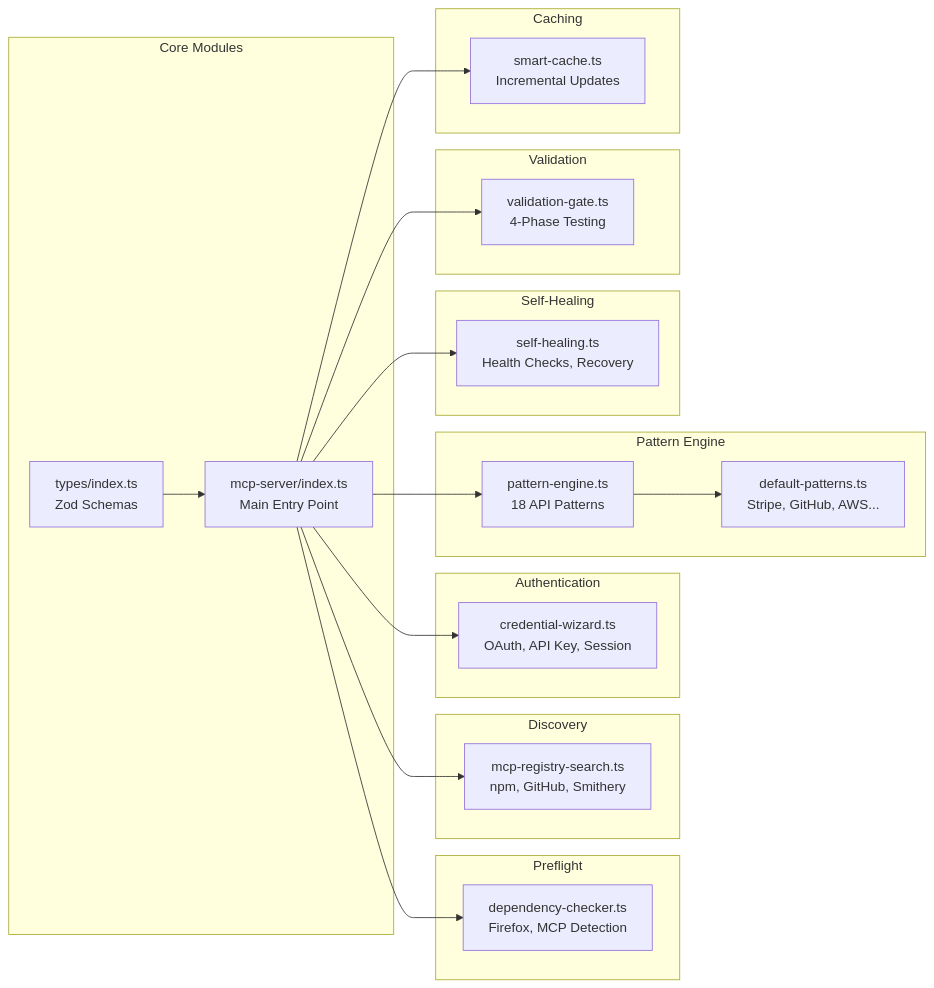
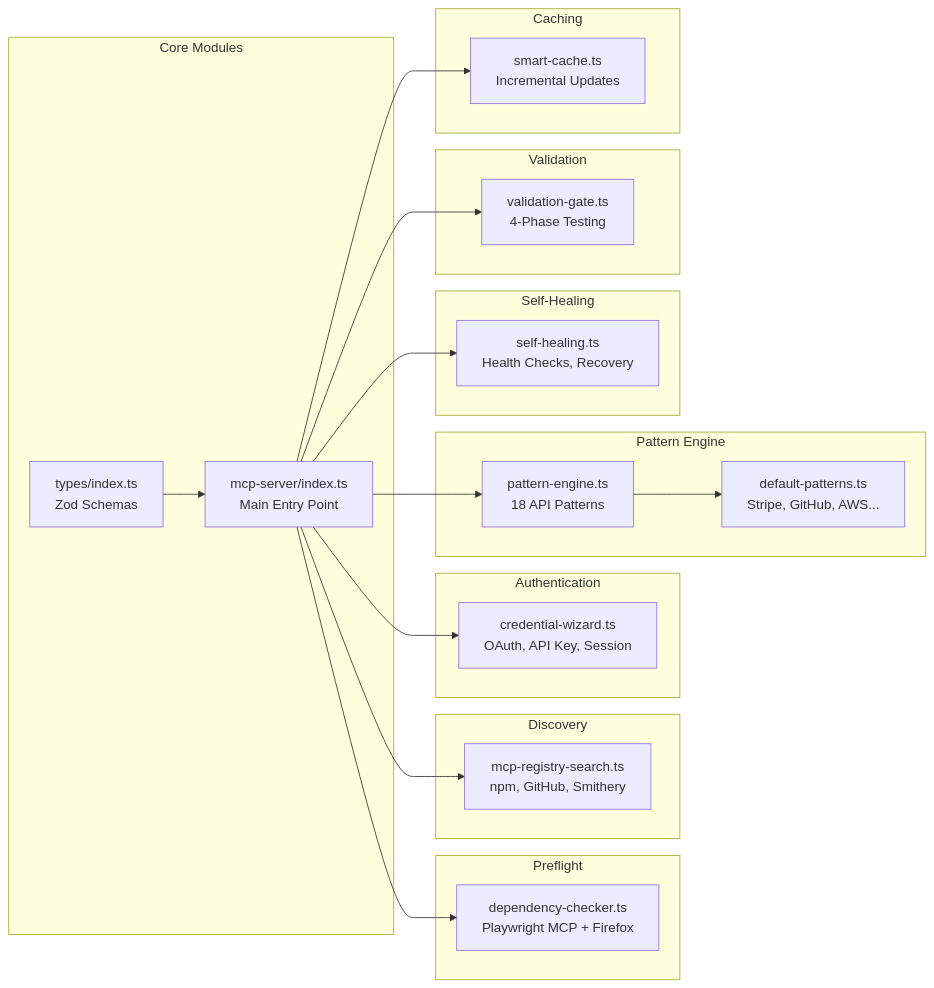
Before and after one commit to schwarztim/thesun: the second of 9 diagrams in README.md, drawn with Mermaid. The commit also changed other lines of this file and 7 other files, not shown here.

First line of the commit message:
feat: migrate from firefox-devtools to Playwright MCP with Firefox

````diff
--- a/README.md
+++ b/README.md
@@ -186,46 +187,46 @@
 ```mermaid
 graph LR
     subgraph Core["Core Modules"]
         MCP["mcp-server/index.ts<br/>Main Entry Point"]
         TYPES["types/index.ts<br/>Zod Schemas"]
     end
 
     subgraph Preflight["Preflight"]
-        DC["dependency-checker.ts<br/>Firefox, MCP Detection"]
+        DC["dependency-checker.ts<br/>Playwright MCP + Firefox"]
     end
 
     subgraph Discovery["Discovery"]
         REG["mcp-registry-search.ts<br/>npm, GitHub, Smithery"]
     end
 
     subgraph Auth["Authentication"]
         CRED["credential-wizard.ts<br/>OAuth, API Key, Session"]
     end
 
     subgraph Patterns["Pattern Engine"]
         PE["pattern-engine.ts<br/>18 API Patterns"]
         DP["default-patterns.ts<br/>Stripe, GitHub, AWS..."]
     end
 
     subgraph Health["Self-Healing"]
         SH["self-healing.ts<br/>Health Checks, Recovery"]
     end
 
     subgraph Validation["Validation"]
         VG["validation-gate.ts<br/>4-Phase Testing"]
     end
 
     subgraph Cache["Caching"]
         SC["smart-cache.ts<br/>Incremental Updates"]
     end
 
     MCP --> DC
     MCP --> REG
     MCP --> CRED
     MCP --> PE
     MCP --> SH
     MCP --> VG
     MCP --> SC
     PE --> DP
     TYPES --> MCP
 ```
````
